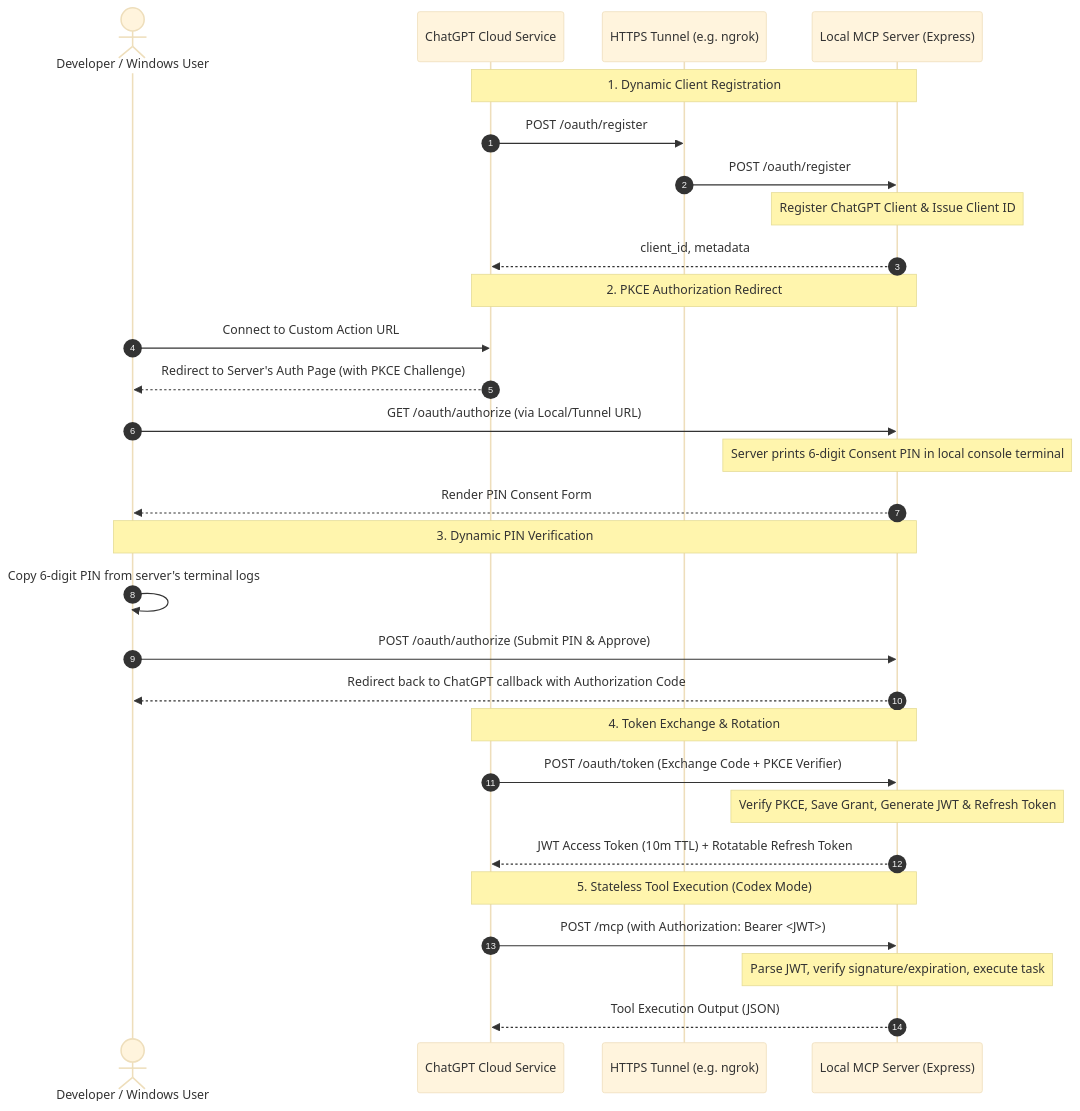
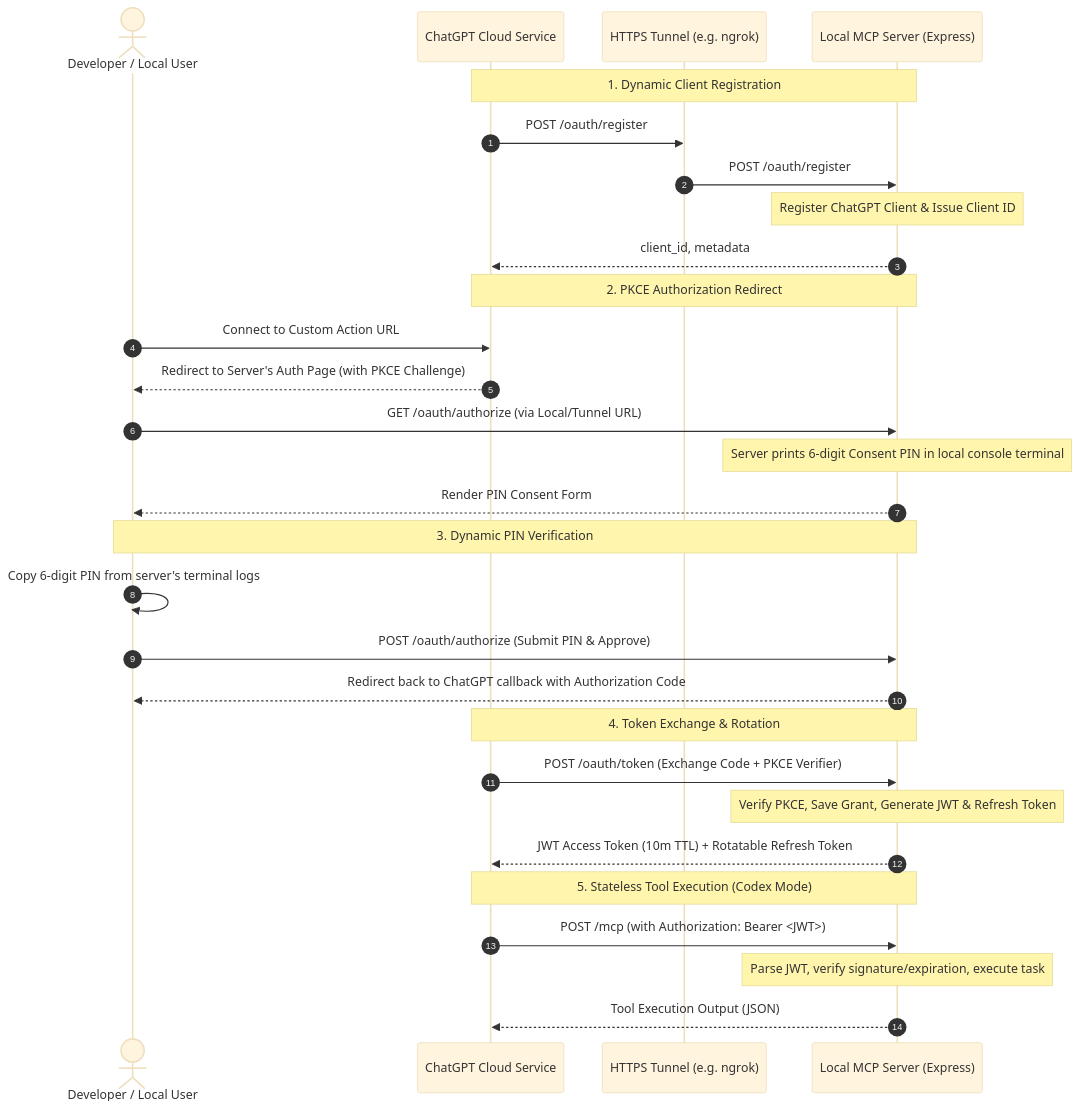
One commit to DevDeepakBhattarai/win-codex changed the second of 2 diagrams in README.md. Above: the diagram before and after it, drawn with Mermaid (base theme). The commit also changed other lines of this file and 6 other files, not shown here.

````diff
--- a/README.md
+++ b/README.md
@@ -42,36 +42,36 @@
 ```mermaid
 sequenceDiagram
     autonumber
-    actor User as Developer / Windows User
+    actor User as Developer / Local User
     participant GPT as ChatGPT Cloud Service
     participant Tun as HTTPS Tunnel (e.g. ngrok)
     participant Server as Local MCP Server (Express)
 
     Note over GPT, Server: 1. Dynamic Client Registration
     GPT->>Tun: POST /oauth/register
     Tun->>Server: POST /oauth/register
     Note over Server: Register ChatGPT Client & Issue Client ID
     Server-->>GPT: client_id, metadata
 
     Note over GPT, Server: 2. PKCE Authorization Redirect
     User->>GPT: Connect to Custom Action URL
     GPT-->>User: Redirect to Server's Auth Page (with PKCE Challenge)
     User->>Server: GET /oauth/authorize (via Local/Tunnel URL)
     Note over Server: Server prints 6-digit Consent PIN in local console terminal
     Server-->>User: Render PIN Consent Form
 
     Note over User, Server: 3. Dynamic PIN Verification
     User->>User: Copy 6-digit PIN from server's terminal logs
     User->>Server: POST /oauth/authorize (Submit PIN & Approve)
     Server-->>User: Redirect back to ChatGPT callback with Authorization Code
 
     Note over GPT, Server: 4. Token Exchange & Rotation
     GPT->>Server: POST /oauth/token (Exchange Code + PKCE Verifier)
     Note over Server: Verify PKCE, Save Grant, Generate JWT & Refresh Token
     Server-->>GPT: JWT Access Token (10m TTL) + Rotatable Refresh Token
 
     Note over GPT, Server: 5. Stateless Tool Execution (Codex Mode)
     GPT->>Server: POST /mcp (with Authorization: Bearer <JWT>)
     Note over Server: Parse JWT, verify signature/expiration, execute task
     Server-->>GPT: Tool Execution Output (JSON)
 ```
````
